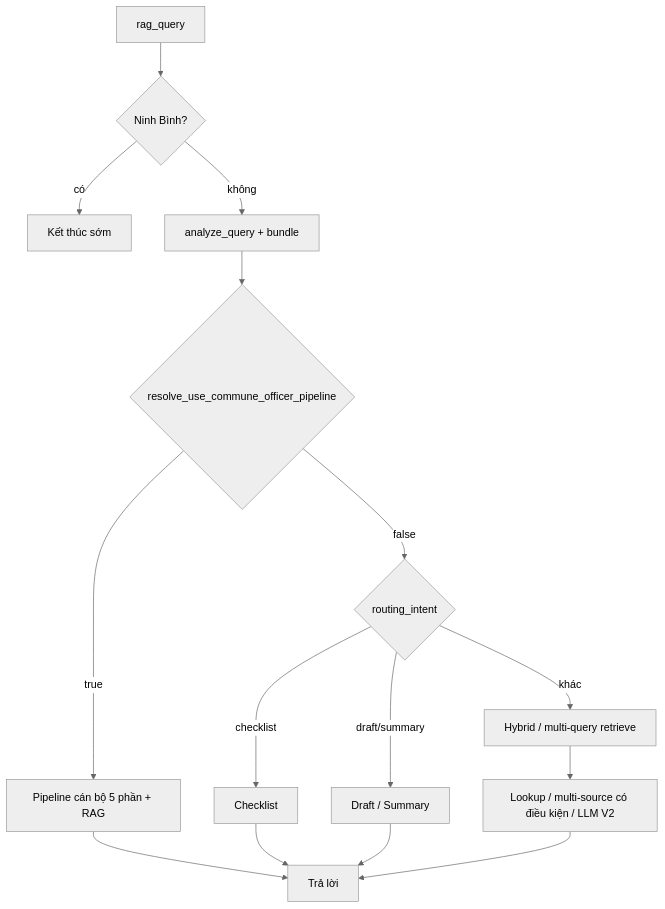
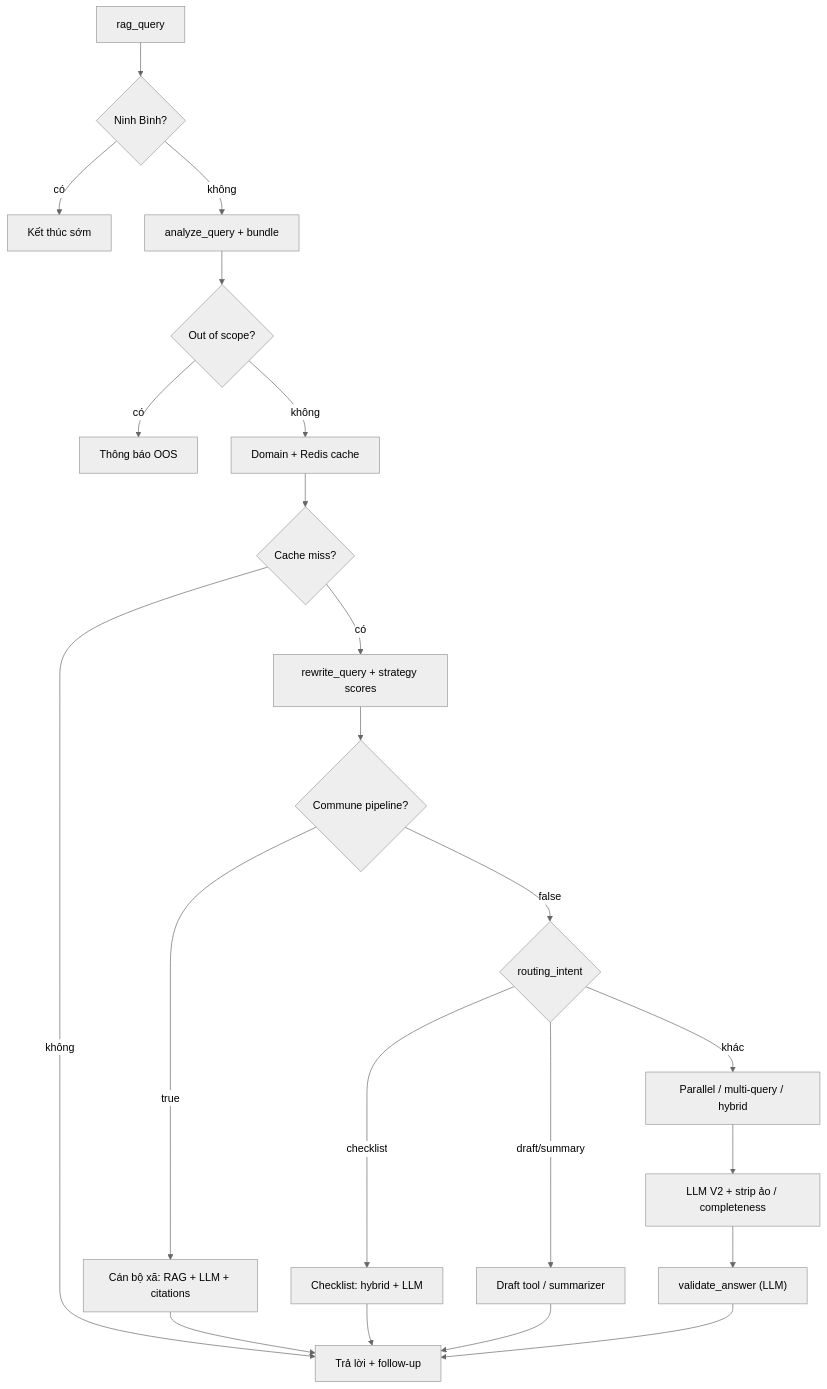
Before and after one commit to phamtho034ls/RAGCHATBOTV2: the second of 4 diagrams in README.md, drawn with Mermaid (neutral theme). The commit also changed other lines of this file and 14 other files, not shown here.

````diff
--- a/README.md
+++ b/README.md
@@ -176,17 +304,24 @@
 ```mermaid
 flowchart TD
   RQ[rag_query] --> NB{Ninh Bình?}
   NB -->|có| E1[Kết thúc sớm]
   NB -->|không| AQ[analyze_query + bundle]
-  AQ --> CA{resolve_use_commune_officer_pipeline}
-  CA -->|true| CO[Pipeline cán bộ 5 phần + RAG]
+  AQ --> OOS{Out of scope?}
+  OOS -->|có| E2[Thông báo OOS]
+  OOS -->|không| DOM[Domain + Redis cache]
+  DOM --> MISS{Cache miss?}
+  MISS -->|không| OUT[Trả lời + follow-up]
+  MISS -->|có| RW[rewrite_query + strategy scores]
+  RW --> CA{Commune pipeline?}
+  CA -->|true| CO[Cán bộ xã: RAG + LLM + citations]
   CA -->|false| SP{routing_intent}
-  SP -->|checklist| CL[Checklist]
-  SP -->|draft/summary| DS[Draft / Summary]
-  SP -->|khác| HY[Hybrid / multi-query retrieve]
-  HY --> ANS[Lookup / multi-source có điều kiện / LLM V2]
-  CO --> OUT[Trả lời]
+  SP -->|checklist| CL[Checklist: hybrid + LLM]
+  SP -->|draft/summary| DS[Draft tool / summarizer]
+  SP -->|khác| HY[Parallel / multi-query / hybrid]
+  HY --> LLM[LLM V2 + strip ảo / completeness]
+  LLM --> VAL["validate_answer (LLM)"]
+  VAL --> OUT
+  CO --> OUT
   CL --> OUT
   DS --> OUT
-  ANS --> OUT
 ```
````
